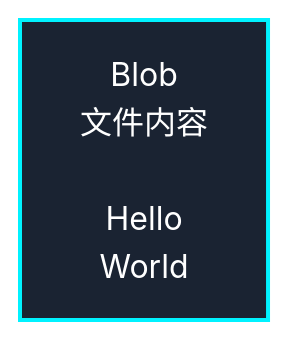
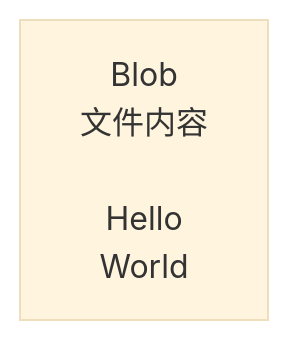
The third of 23 diagrams in _posts/2026-03-02-git完全指南.md (The-time-forever/The-time-forever.github.io), drawn with Mermaid (base theme) before and after one commit. The commit also changed other lines of this file, not shown here.

Commit message:
移除 Git 完全指南中 mermaid 图表的样式设置，简化代码

````diff
--- a/_posts/2026-03-02-git完全指南.md
+++ b/_posts/2026-03-02-git完全指南.md
@@ -60,6 +56,4 @@
 ```mermaid
 graph TD
     Blob["Blob<br/>文件内容<br/> <br/>Hello<br/>World"]
-
-    style Blob fill:#1a2332,stroke:#00f2ff,stroke-width:2px,color:#fff
 ```
````
